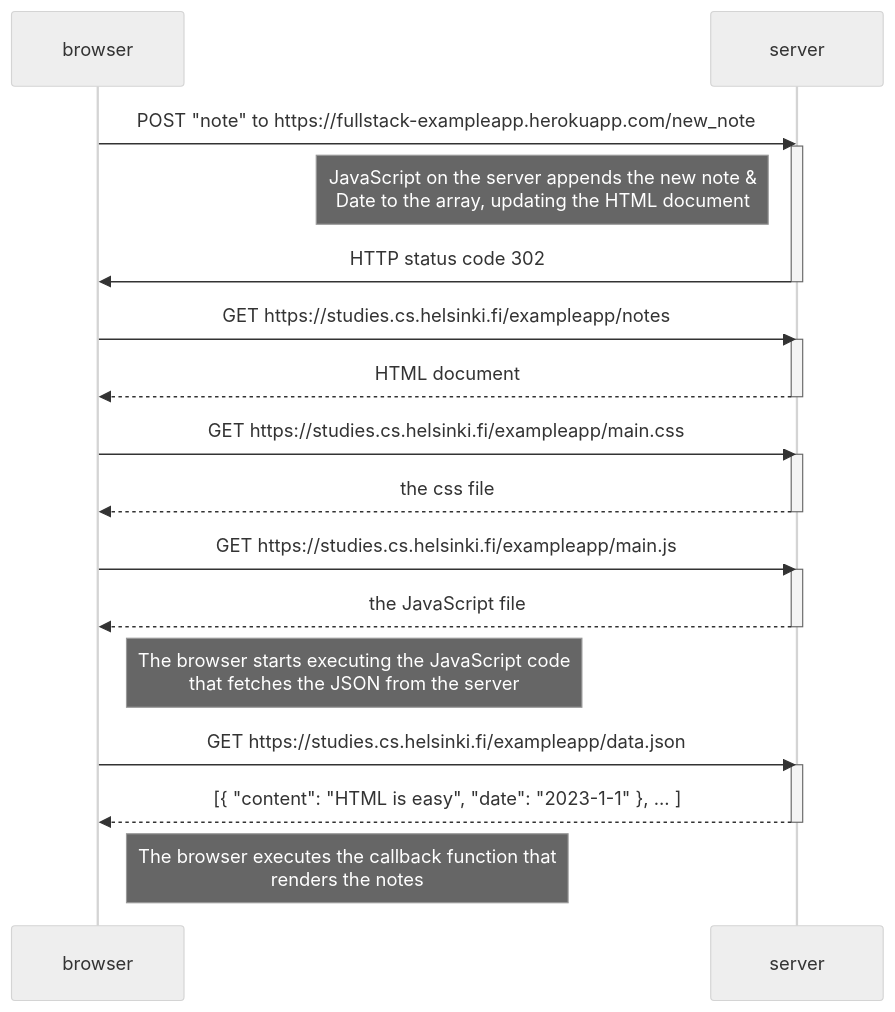
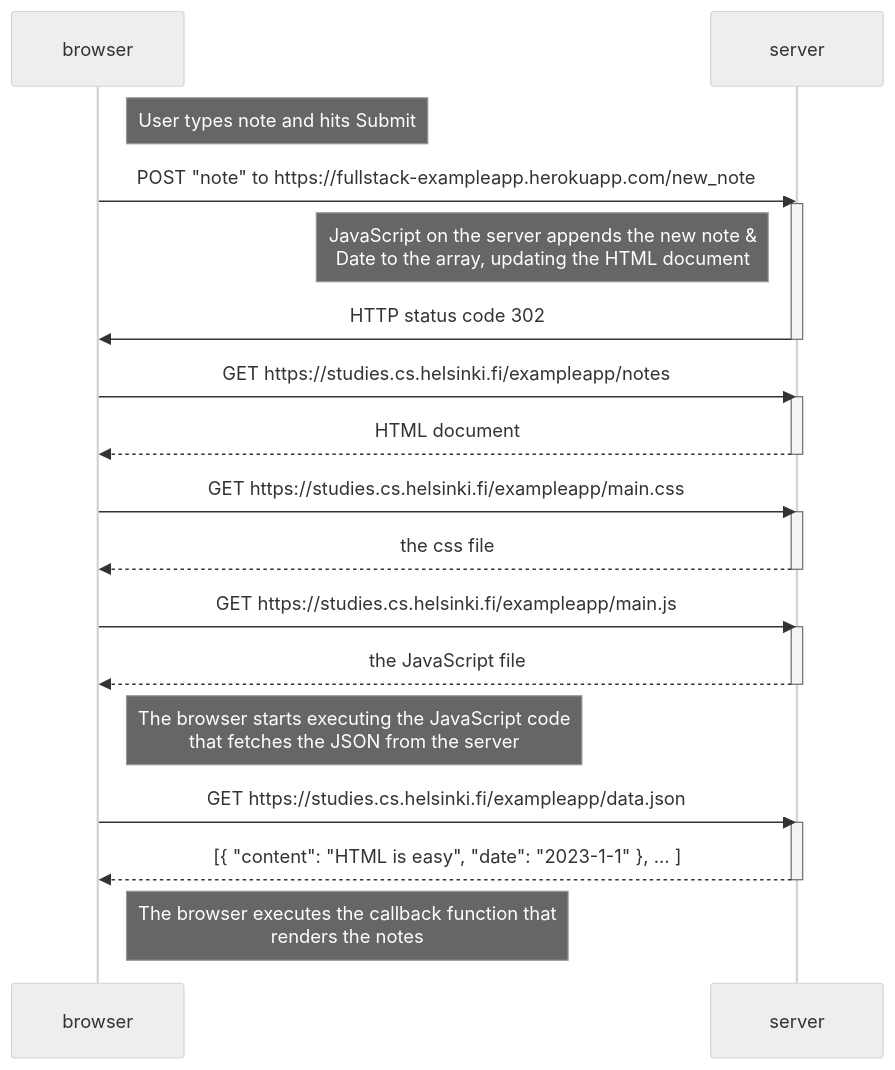
Before and after one commit to DrMoshtael/fullstackopen: the diagram in 0.4-0.6 Diagrams/0.4 New note diagram.md, drawn with Mermaid (neutral theme).

Commit message:
Update 0.4 New note diagram.md

````diff
--- a/0.4-0.6 Diagrams/0.4 New note diagram.md
+++ b/0.4-0.6 Diagrams/0.4 New note diagram.md
@@ -1,35 +1,36 @@
 ```mermaid
 sequenceDiagram
     participant browser
     participant server
 
+    Note right of browser: User types note and hits Submit
     browser->>server: POST "note" to https://fullstack-exampleapp.herokuapp.com/new_note
     activate server
     Note left of server: JavaScript on the server appends the new note & <br/>Date to the array, updating the HTML document
     server->>browser: HTTP status code 302
     deactivate server
 
     browser->>server: GET https://studies.cs.helsinki.fi/exampleapp/notes
     activate server
     server-->>browser: HTML document
     deactivate server
 
     browser->>server: GET https://studies.cs.helsinki.fi/exampleapp/main.css
     activate server
     server-->>browser: the css file
     deactivate server
 
     browser->>server: GET https://studies.cs.helsinki.fi/exampleapp/main.js
     activate server
     server-->>browser: the JavaScript file
     deactivate server
 
     Note right of browser: The browser starts executing the JavaScript code <br/> that fetches the JSON from the server
 
     browser->>server: GET https://studies.cs.helsinki.fi/exampleapp/data.json
     activate server
     server-->>browser: [{ "content": "HTML is easy", "date": "2023-1-1" }, ... ]
     deactivate server
 
     Note right of browser: The browser executes the callback function that <br/> renders the notes
 ```
````
